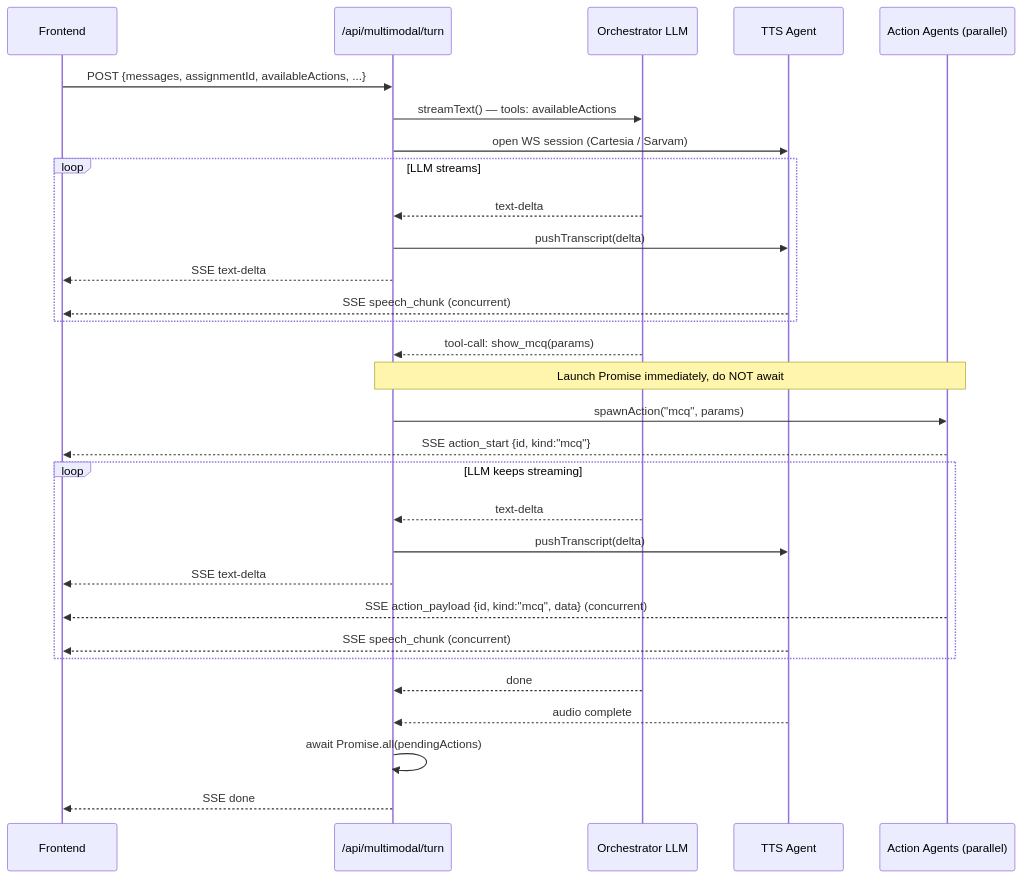
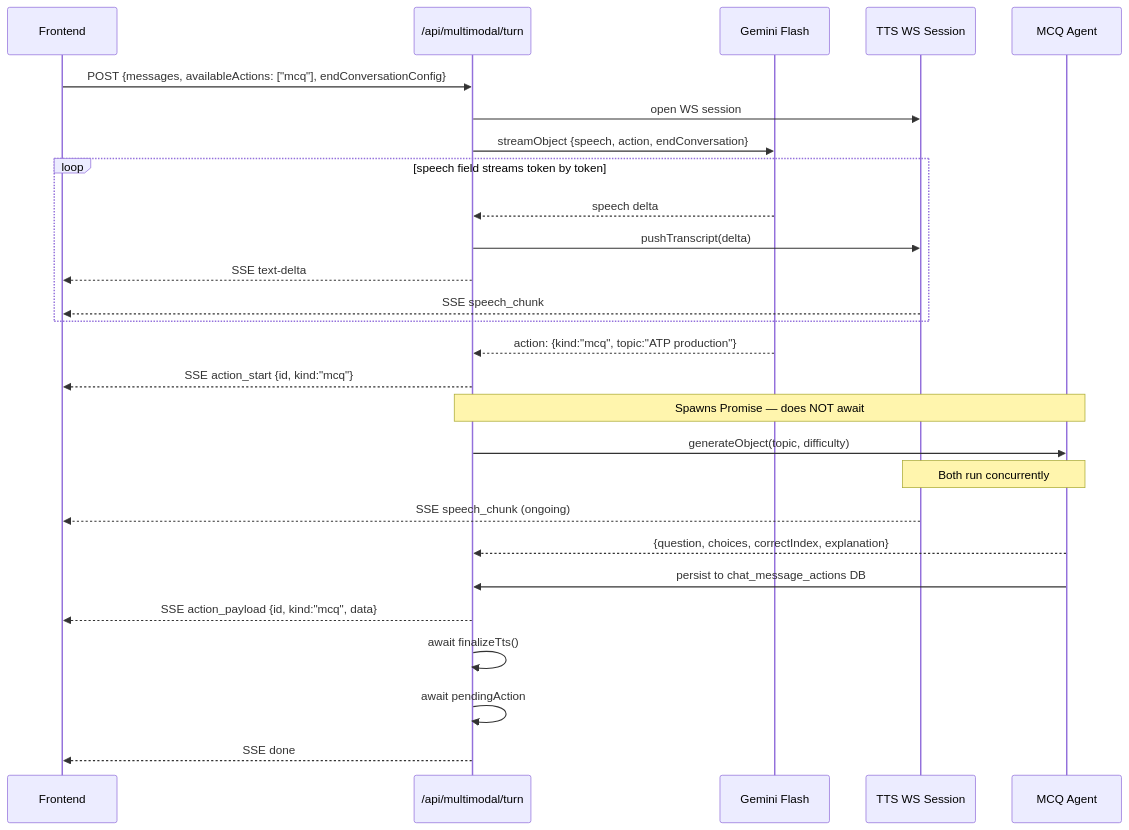
One commit to ddeepak95/pesu changed the second of 3 diagrams in docs/multimodal-orchestration-plan.md. Above: the diagram before and after it, drawn with Mermaid. The commit also changed other lines of this file, not shown here.

````diff
--- a/docs/multimodal-orchestration-plan.md
+++ b/docs/multimodal-orchestration-plan.md
@@ -42,37 +51,34 @@
 ```mermaid
 sequenceDiagram
     participant FE as Frontend
     participant API as /api/multimodal/turn
-    participant LLM as Orchestrator LLM
-    participant TTS as TTS Agent
-    participant ACT as Action Agents (parallel)
+    participant LLM as Gemini Flash
+    participant TTS as TTS WS Session
+    participant MCQ as MCQ Agent
 
-    FE->>API: POST {messages, assignmentId, availableActions, ...}
-    API->>LLM: streamText() — tools: availableActions
-    API->>TTS: open WS session (Cartesia / Sarvam)
+    FE->>API: POST {messages, availableActions: ["mcq"], endConversationConfig}
+    API->>TTS: open WS session
+    API->>LLM: streamObject {speech, action, endConversation}
 
-    loop LLM streams
-        LLM-->>API: text-delta
+    loop speech field streams token by token
+        LLM-->>API: speech delta
         API->>TTS: pushTranscript(delta)
         API-->>FE: SSE text-delta
-        TTS-->>FE: SSE speech_chunk (concurrent)
+        TTS-->>FE: SSE speech_chunk
     end
 
-    LLM-->>API: tool-call: show_mcq(params)
-    Note over API,ACT: Launch Promise immediately, do NOT await
-    API->>ACT: spawnAction("mcq", params)
-    ACT-->>FE: SSE action_start {id, kind:"mcq"}
+    LLM-->>API: action: {kind:"mcq", topic:"ATP production"}
+    API-->>FE: SSE action_start {id, kind:"mcq"}
+    Note over API,MCQ: Spawns Promise — does NOT await
+    API->>MCQ: generateObject(topic, difficulty)
 
-    loop LLM keeps streaming
-        LLM-->>API: text-delta
-        API->>TTS: pushTranscript(delta)
-        API-->>FE: SSE text-delta
-        ACT-->>FE: SSE action_payload {id, kind:"mcq", data} (concurrent)
-        TTS-->>FE: SSE speech_chunk (concurrent)
-    end
+    Note over TTS,MCQ: Both run concurrently
+    TTS-->>FE: SSE speech_chunk (ongoing)
+    MCQ-->>API: {question, choices, correctIndex, explanation}
+    MCQ->>API: persist to chat_message_actions DB
+    API-->>FE: SSE action_payload {id, kind:"mcq", data}
 
-    LLM-->>API: done
-    TTS-->>API: audio complete
-    API->>API: await Promise.all(pendingActions)
+    API->>API: await finalizeTts()
+    API->>API: await pendingAction
     API-->>FE: SSE done
 ```
````
